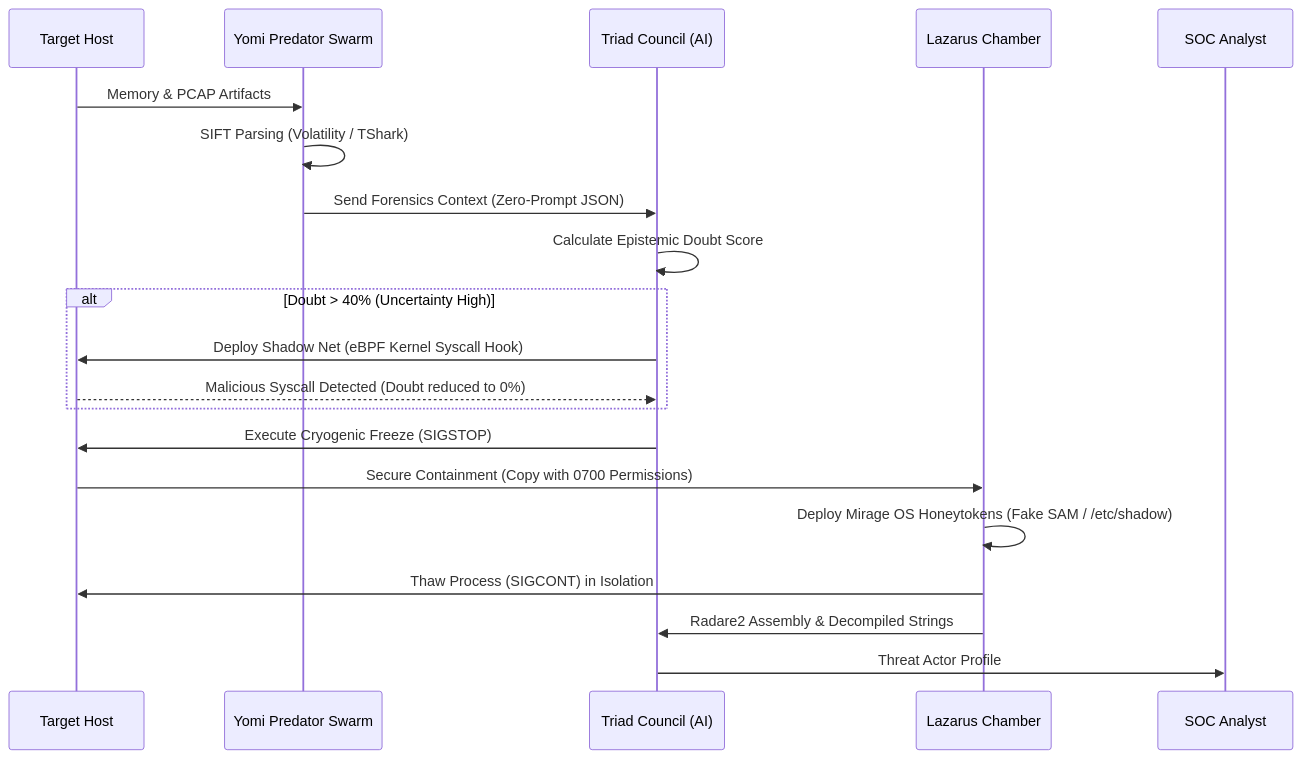
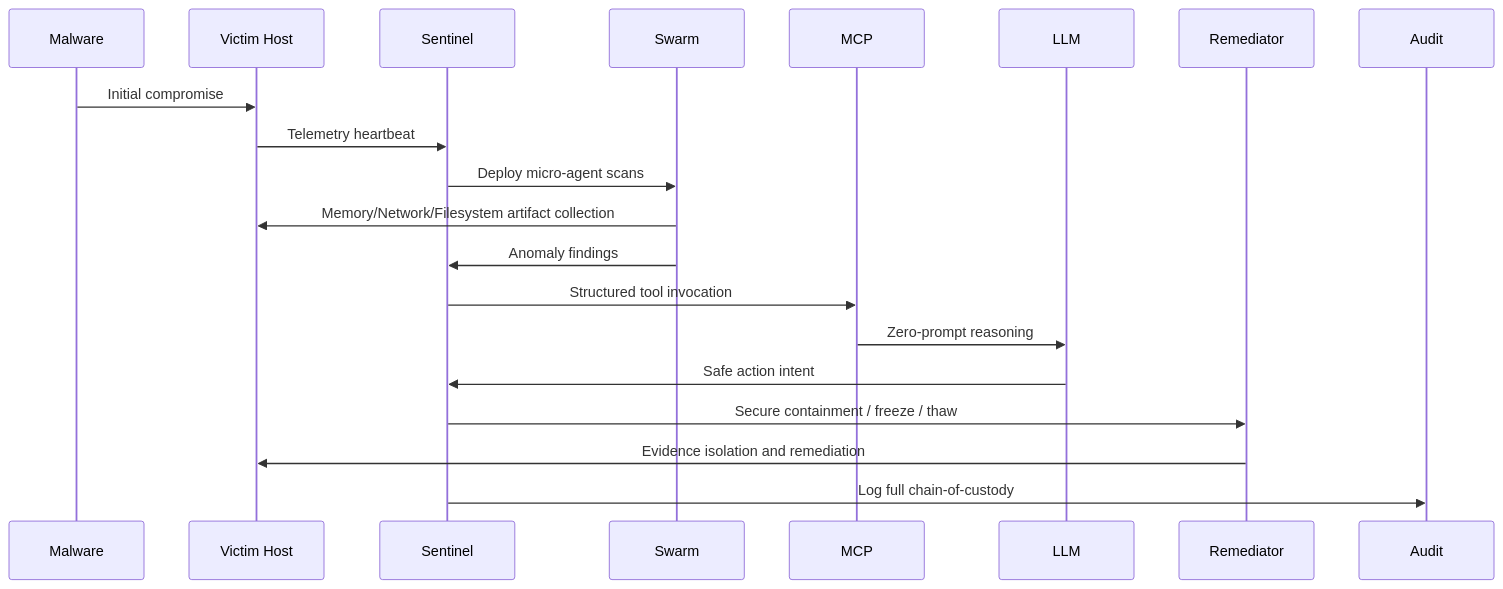
One commit to ArcVielLouvent/yomi-triage-system changed the second of 3 diagrams in README.md. Above: the diagram before and after it, drawn with Mermaid. The commit also changed other lines of this file and 19 other files, not shown here.

First line of the commit message:
Refactor Yomi MCP and SIFT Toolkit for enhanced tool management and error handling

````diff
--- a/README.md
+++ b/README.md
@@ -53,26 +45,22 @@
 ```mermaid
-sequenceDiagram;
-    participant Target as Target Host
-    participant Swarm as Yomi Predator Swarm
-    participant AI as Triad Council (AI)
-    participant Sandbox as Lazarus Chamber
-    participant Analyst as SOC Analyst
+sequenceDiagram
+    participant Malware
+    participant Host as Victim Host
+    participant Sentinel
+    participant Swarm
+    participant MCP
+    participant LLM
+    participant Remediator
 
-    Target->>Swarm: Memory & PCAP Artifacts
-    Swarm->>Swarm: SIFT Parsing (Volatility / TShark)
-    Swarm->>AI: Send Forensics Context (Zero-Prompt JSON)
-    AI->>AI: Calculate Epistemic Doubt Score
-
-    alt Doubt > 40% (Uncertainty High)
-        AI->>Target: Deploy Shadow Net (eBPF Kernel Syscall Hook)
-        Target-->>AI: Malicious Syscall Detected (Doubt reduced to 0%)
-    end
-
-    AI->>Target: Execute Cryogenic Freeze (SIGSTOP)
-    Target->>Sandbox: Secure Containment (Copy with 0700 Permissions)
-    Sandbox->>Sandbox: Deploy Mirage OS Honeytokens (Fake SAM / /etc/shadow)
-    Sandbox->>Target: Thaw Process (SIGCONT) in Isolation
-    Sandbox->>AI: Radare2 Assembly & Decompiled Strings
-    AI->>Analyst: Threat Actor Profile
-
+    Malware->>Host: Initial compromise
+    Host->>Sentinel: Telemetry heartbeat
+    Sentinel->>Swarm: Deploy micro-agent scans
+    Swarm->>Host: Memory/Network/Filesystem artifact collection
+    Swarm->>Sentinel: Anomaly findings
+    Sentinel->>MCP: Structured tool invocation
+    MCP->>LLM: Zero-prompt reasoning
+    LLM->>Sentinel: Safe action intent
+    Sentinel->>Remediator: Secure containment / freeze / thaw
+    Remediator->>Host: Evidence isolation and remediation
+    Sentinel->>Audit: Log full chain-of-custody
 ```
````
